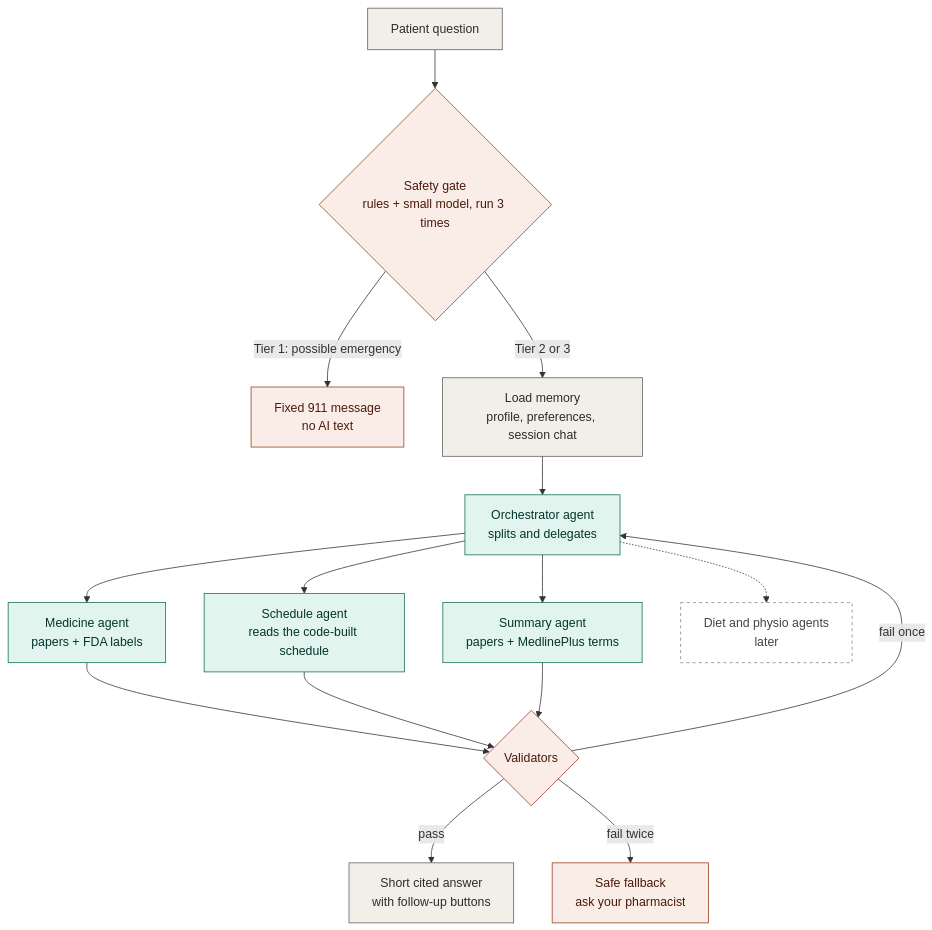
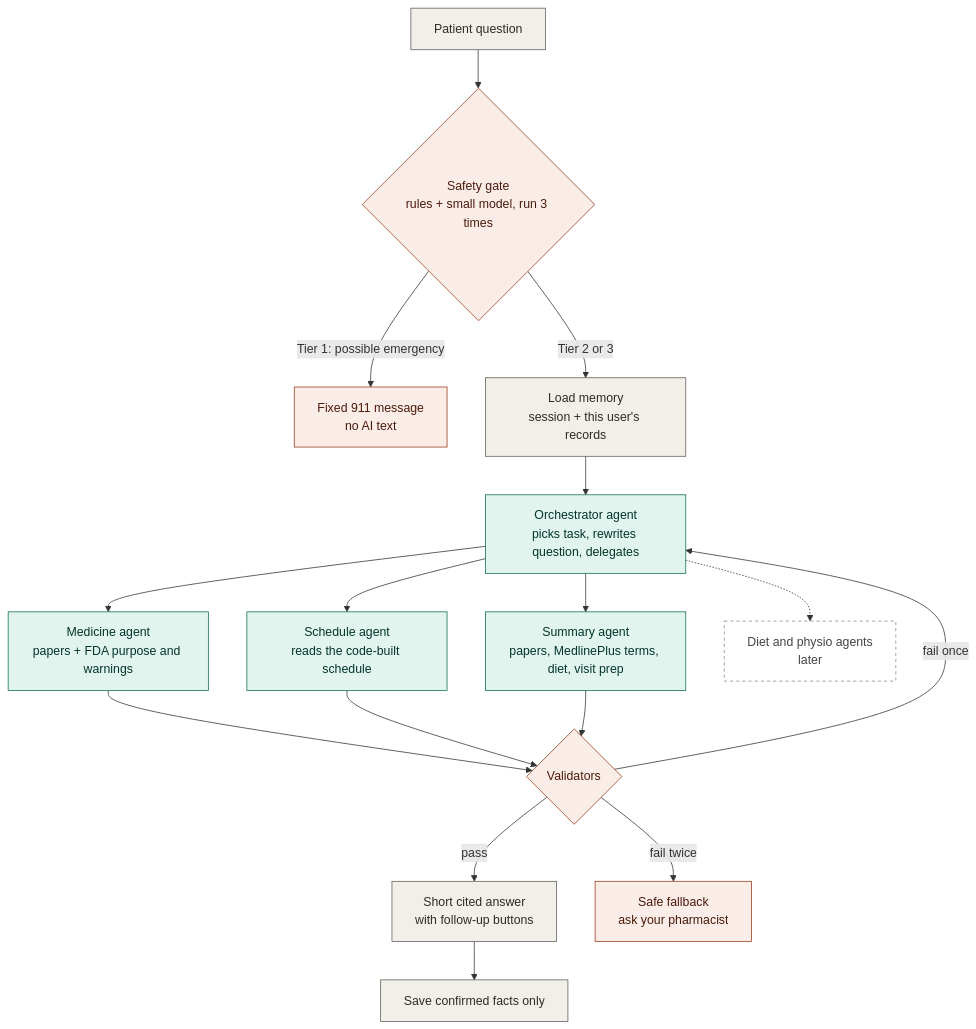
The diagram in docs/architecture.md (NikhilChoudhari9916/aftercare), drawn with Mermaid before and after one commit. The commit also changed other lines of this file and 21 other files, not shown here.

First line of the commit message:
docs: adopt Assignment 3 design, aide roles, sign-in and job decisions, roadmap (#2)

````diff
--- a/docs/architecture.md
+++ b/docs/architecture.md
@@ -11,26 +11,27 @@
 ```mermaid
 flowchart TD
     q["Patient question"] --> gate{"Safety gate<br/>rules + small model, run 3 times"}
     gate -->|"Tier 1: possible emergency"| t1["Fixed 911 message<br/>no AI text"]
-    gate -->|"Tier 2 or 3"| mem["Load memory<br/>profile, preferences, session chat"]
-    mem --> orch["Orchestrator agent<br/>splits and delegates"]
-    orch --> med["Medicine agent<br/>papers + FDA labels"]
+    gate -->|"Tier 2 or 3"| mem["Load memory<br/>session + this user's records"]
+    mem --> orch["Orchestrator agent<br/>picks task, rewrites question, delegates"]
+    orch --> med["Medicine agent<br/>papers + FDA purpose and warnings"]
     orch --> sch["Schedule agent<br/>reads the code-built schedule"]
-    orch --> sum["Summary agent<br/>papers + MedlinePlus terms"]
+    orch --> sum["Summary agent<br/>papers, MedlinePlus terms, diet, visit prep"]
     orch -.-> later["Diet and physio agents<br/>later"]
     med --> val{"Validators"}
     sch --> val
     sum --> val
     val -->|"pass"| ans["Short cited answer<br/>with follow-up buttons"]
+    ans --> save["Save confirmed facts only"]
     val -->|"fail once"| orch
     val -->|"fail twice"| fb["Safe fallback<br/>ask your pharmacist"]
 
     classDef safe fill:#faece7,stroke:#993c1d,color:#4a1b0c
     classDef ai fill:#e1f5ee,stroke:#0f6e56,color:#04342c
     classDef code fill:#f1efe8,stroke:#5f5e5a,color:#2c2c2a
     classDef later fill:#ffffff,stroke:#888780,color:#444441,stroke-dasharray:4 4
     class gate,val,t1,fb safe
     class orch,med,sch,sum ai
-    class q,mem,ans code
+    class q,mem,ans,save code
     class later later
 ```
````
